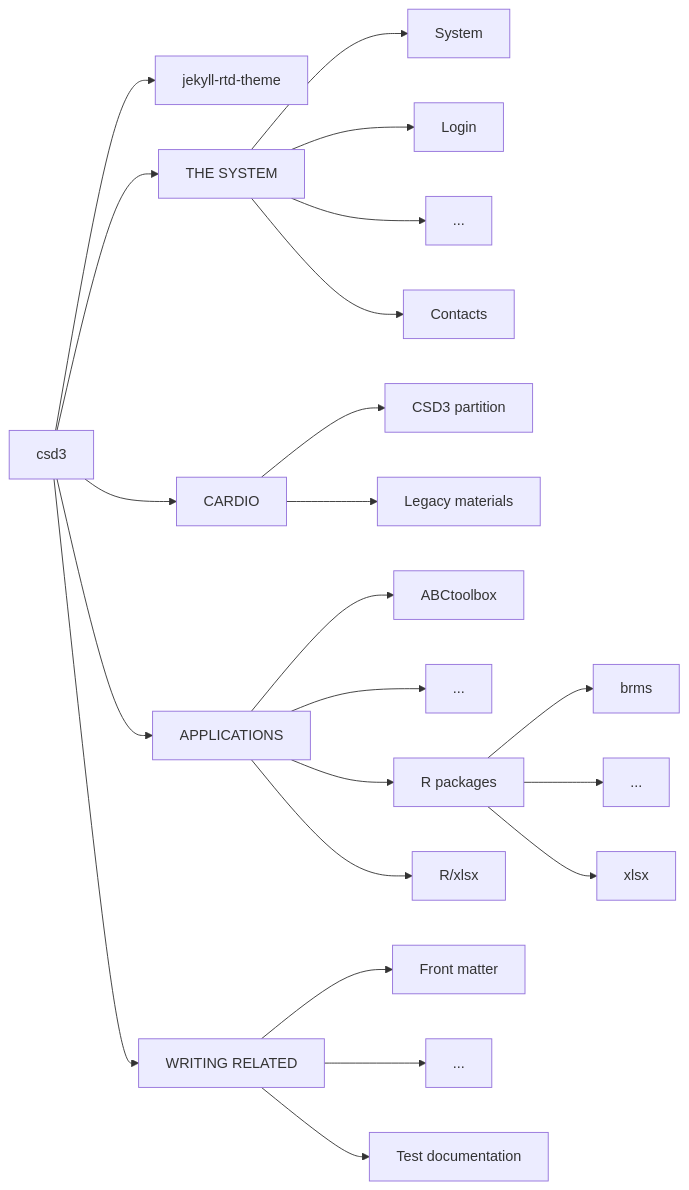
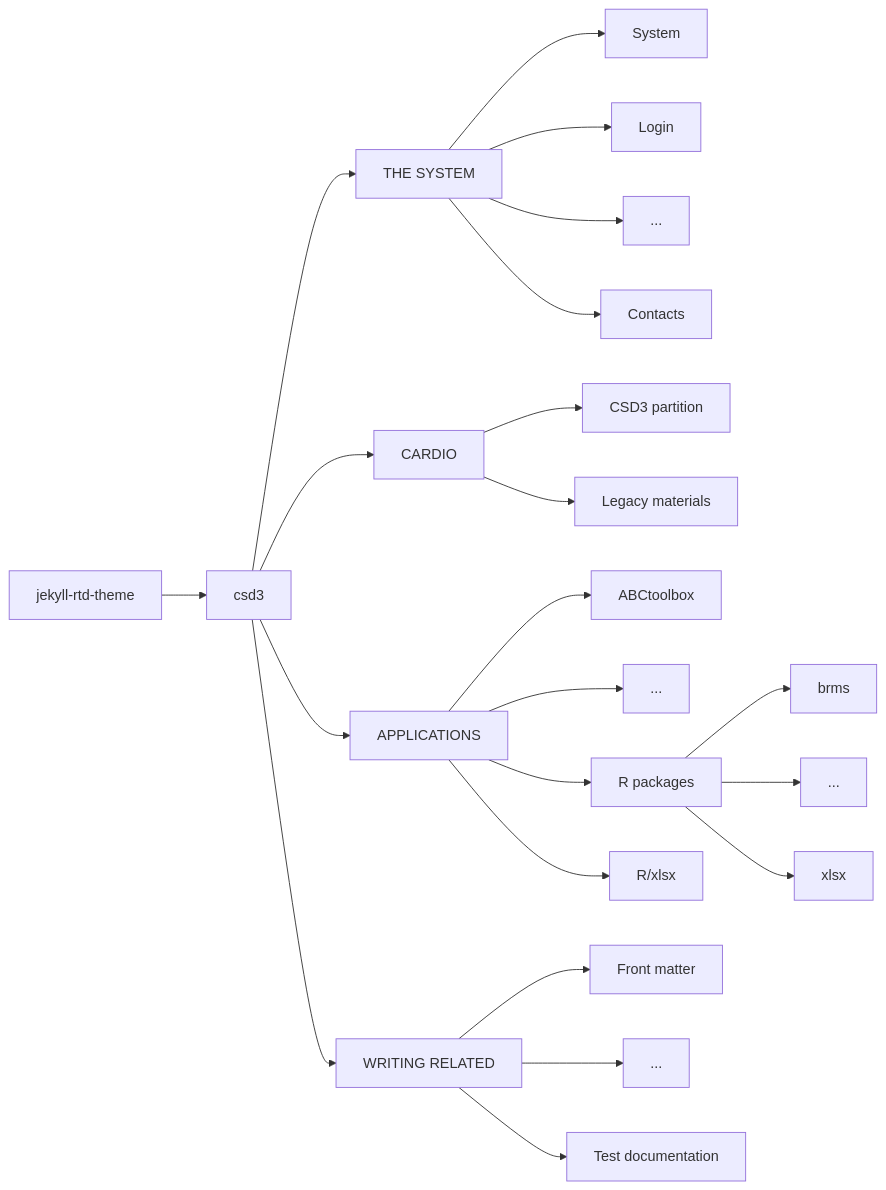
One commit to cambridge-ceu/csd3 changed the diagram in README.md. Above: the diagram before and after it, drawn with Mermaid.

Commit message:
README.md

````diff
--- a/README.md
+++ b/README.md
@@ -10,24 +10,24 @@
 ```mermaid
 graph LR;
-csd3 --> jekyll-rtd-theme
+jekyll-rtd-theme --> csd3
 csd3 --> system["THE SYSTEM"]
 csd3 --> cardio["CARDIO"]
 csd3 --> applications["APPLICATIONS"]
 csd3 --> wr["WRITING RELATED"]
 system --> System
 system --> Login
 system --> sysdot["..."]
 system --> Contacts
 cardio --> cp["CSD3 partition"]
 cardio --> lm["Legacy materials"]
 applications --> ABCtoolbox
 applications --> appdot["..."]
 applications --> R["R packages"]
 R --> brms
 R --> Rdot["..."]
 R --> xlsx
 applications --> R/xlsx
 wr --> fr["Front matter"]
 wr --> wrdot["..."]
 wr --> td["Test documentation"]
 ```
````
